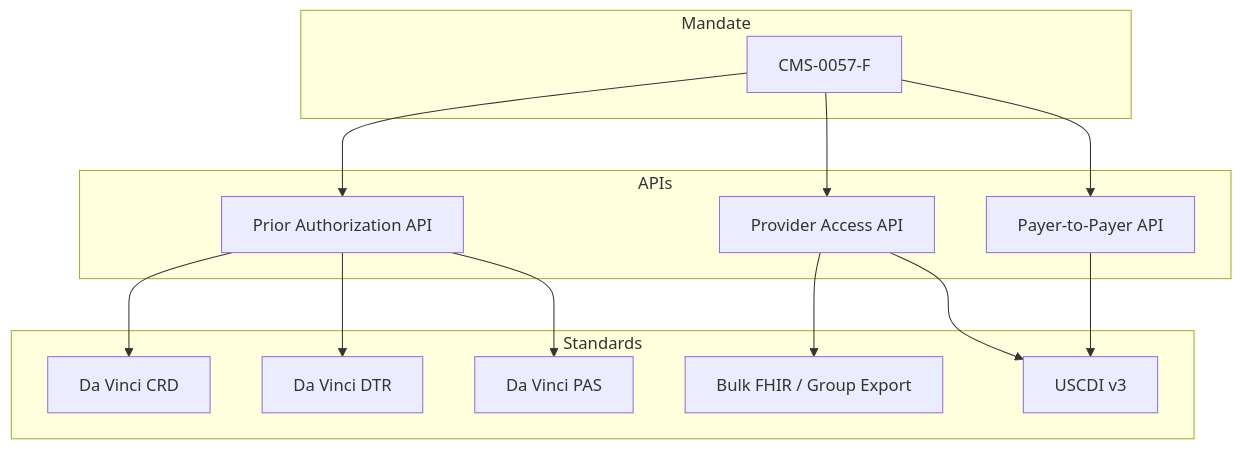
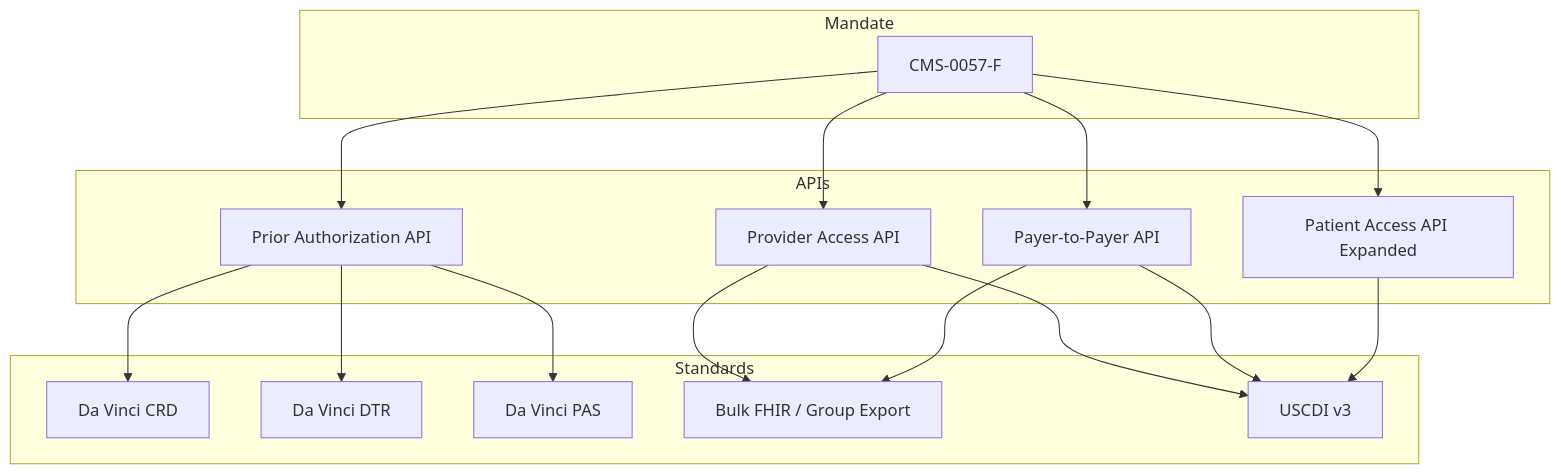
Before and after one commit to agabhinav/learn-fhir: the second of 2 diagrams in 03-cms-0057f.md, drawn with Mermaid. The commit also changed 1 other file, not shown here.

Commit message:
Updates: readme, summary map.

````diff
--- a/03-cms-0057f.md
+++ b/03-cms-0057f.md
@@ -78,32 +78,37 @@
 ```mermaid
 flowchart TB
     subgraph Mandate
       M[CMS-0057-F]
     end
 
     subgraph APIs
       PA[Prior Authorization API]
       P2P[Payer-to-Payer API]
       PROV[Provider Access API]
+      PAT[Patient Access API Expanded]
     end
 
     subgraph Standards
       CRD[Da Vinci CRD]
       DTR[Da Vinci DTR]
       PAS[Da Vinci PAS]
       BULK[Bulk FHIR / Group Export]
       USCDI[USCDI v3]
     end
 
     M --> PA
     M --> P2P
     M --> PROV
+    M --> PAT
 
     PA --> CRD
     PA --> DTR
     PA --> PAS
     
     PROV --> BULK
+    P2P --> BULK
+    
     PROV --> USCDI
     P2P --> USCDI
+    PAT --> USCDI
 ```
````
